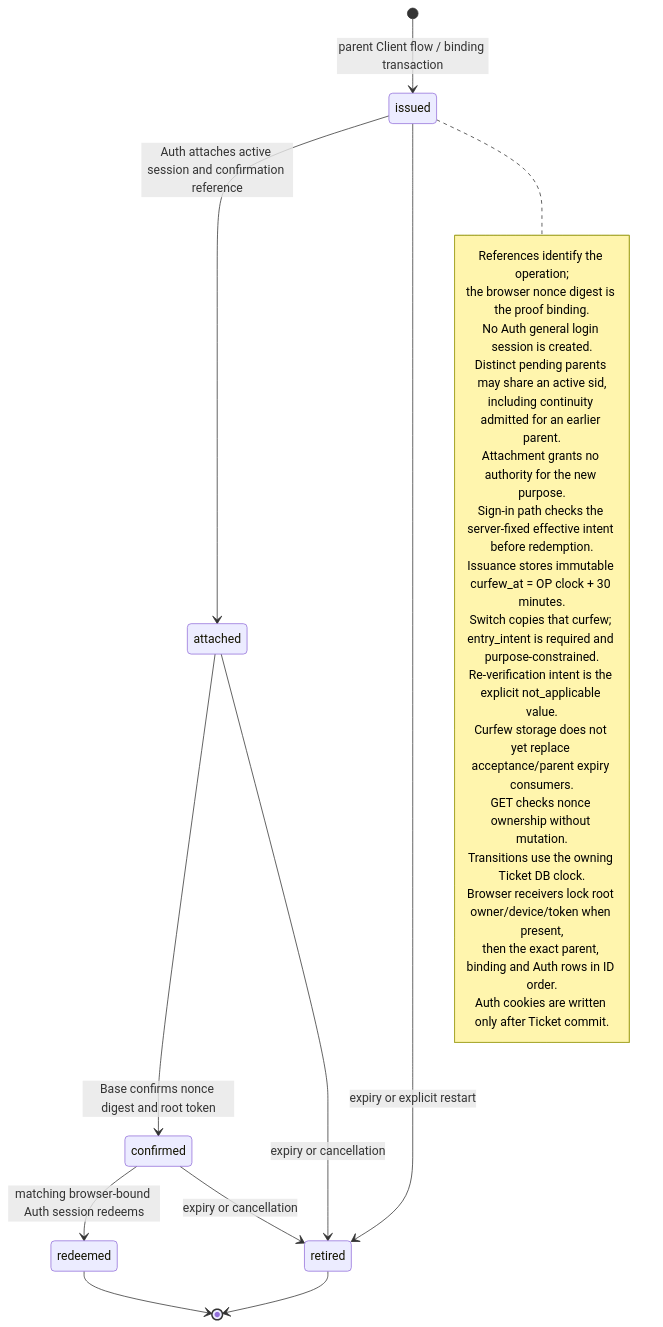
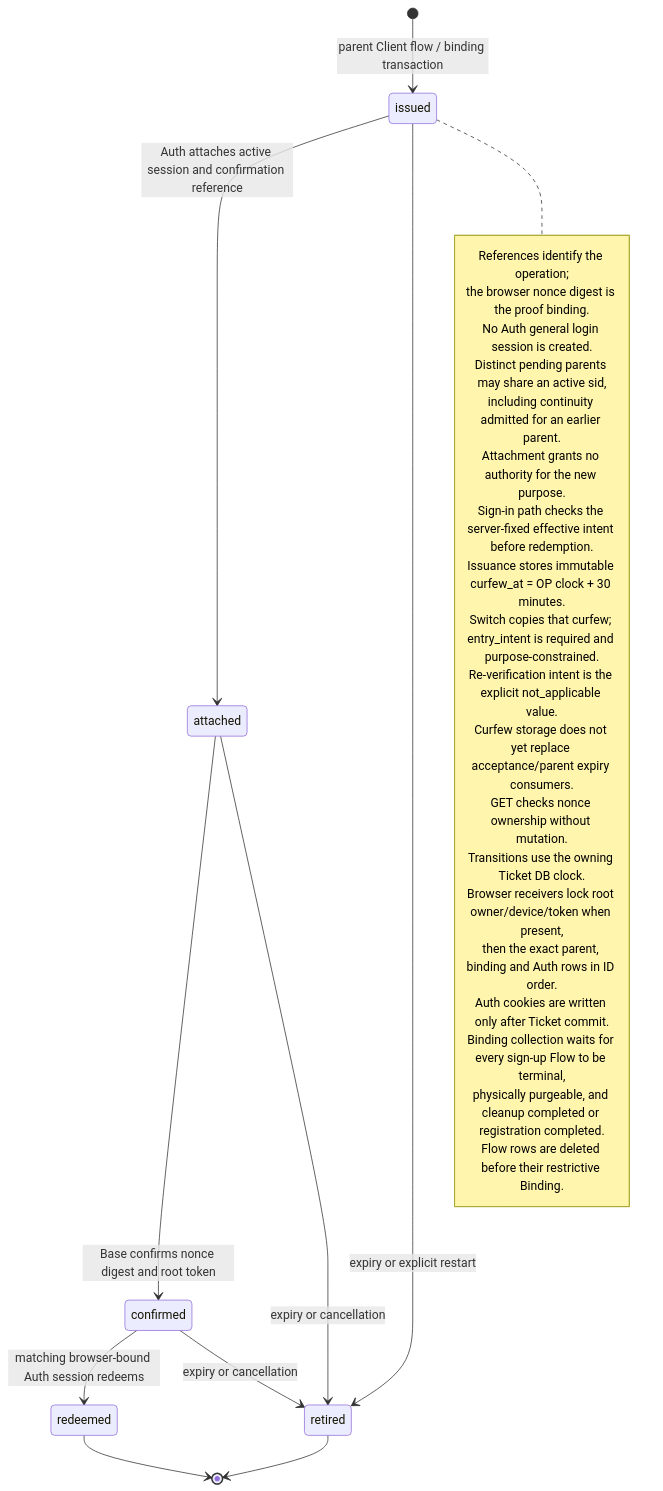
One commit to seahal/umaxica-apps-jit-global changed the diagram in docs/mermaid/idp-client-auth-admission-binding.mmd. Above: the diagram before and after it, drawn with Mermaid. The commit also changed 908 other files, not shown here.

```diff
--- a/docs/mermaid/idp-client-auth-admission-binding.mmd
+++ b/docs/mermaid/idp-client-auth-admission-binding.mmd
@@ -1,29 +1,32 @@
 stateDiagram-v2
     %% Realm-specific rendering of the shared D-82 Base/Auth admission contract.
     [*] --> issued: parent Client flow / binding transaction
     issued --> attached: Auth attaches active session and confirmation reference
     issued --> retired: expiry or explicit restart
     attached --> confirmed: Base confirms nonce digest and root token
     attached --> retired: expiry or cancellation
     confirmed --> redeemed: matching browser-bound Auth session redeems
     confirmed --> retired: expiry or cancellation
     redeemed --> [*]
     retired --> [*]
     note right of issued
         References identify the operation;
         the browser nonce digest is the proof binding.
         No Auth general login session is created.
         Distinct pending parents may share an active sid,
         including continuity admitted for an earlier parent.
         Attachment grants no authority for the new purpose.
         Sign-in path checks the server-fixed effective intent before redemption.
         Issuance stores immutable curfew_at = OP clock + 30 minutes.
         Switch copies that curfew; entry_intent is required and purpose-constrained.
         Re-verification intent is the explicit not_applicable value.
         Curfew storage does not yet replace acceptance/parent expiry consumers.
         GET checks nonce ownership without mutation.
         Transitions use the owning Ticket DB clock.
         Browser receivers lock root owner/device/token when present,
         then the exact parent, binding and Auth rows in ID order.
         Auth cookies are written only after Ticket commit.
+        Binding collection waits for every sign-up Flow to be terminal,
+        physically purgeable, and cleanup completed or registration completed.
+        Flow rows are deleted before their restrictive Binding.
     end note
```
